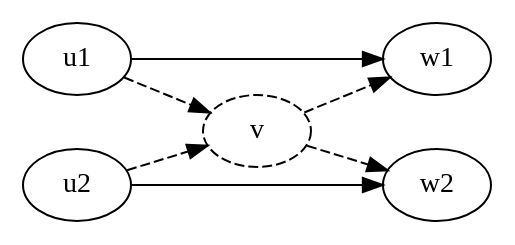
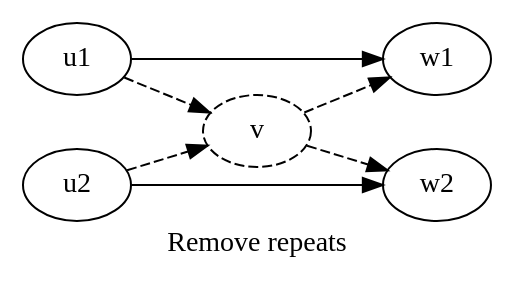
Before and after one commit to sjackman/abyss-scaffold-paper: the diagram in repeat.dot, drawn with Graphviz. The commit also changed 7 other files, not shown here.

Commit message:
Create a montage of the graph patterns

```diff
--- a/repeat.dot
+++ b/repeat.dot
@@ -1,10 +1,11 @@
 digraph "repeat" {
+label = "Remove repeats"
 graph [rankdir="LR"]
 u1 -> w1
 u2 -> w2
 v [style="dashed"]
 u1 -> v [style="dashed"]
 u2 -> v [style="dashed"]
 v -> w1 [style="dashed"]
 v -> w2 [style="dashed"]
 }
```
